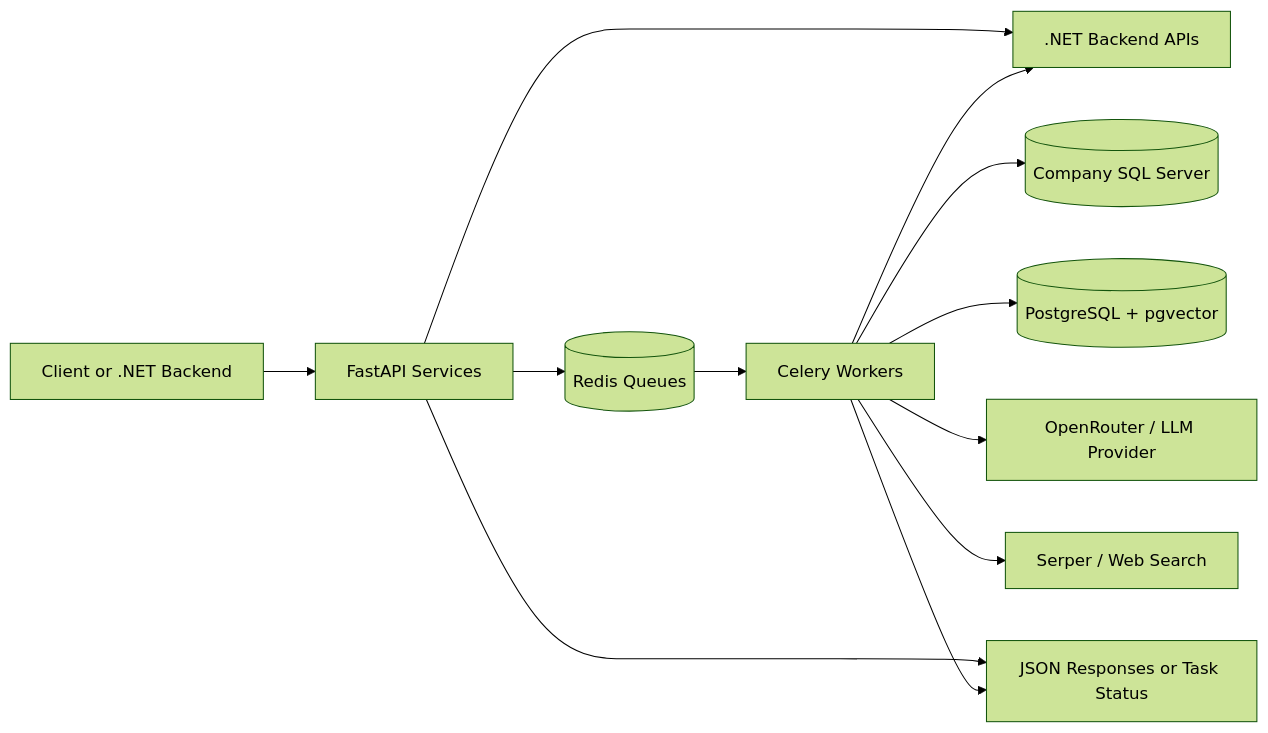
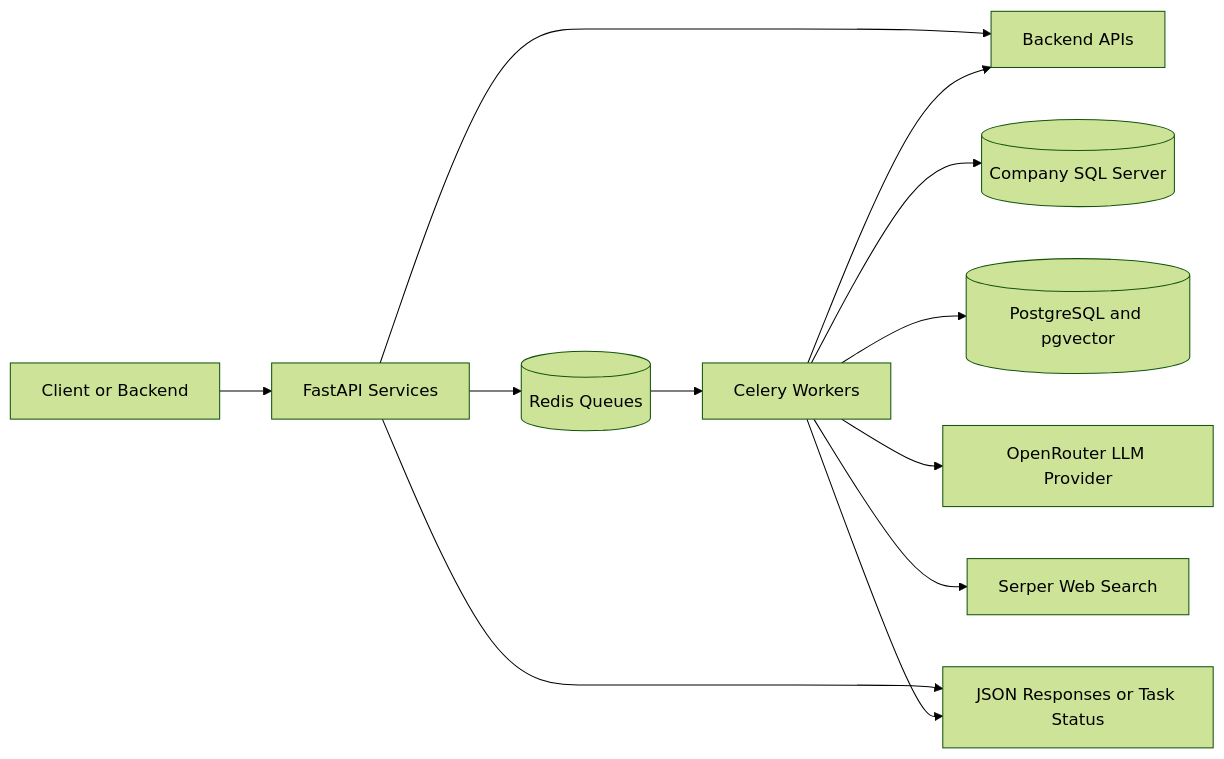
The first of 11 diagrams in README.md (RecoMind-Company/RecoMind-AI), drawn with Mermaid (forest theme) before and after one commit. The commit also changed other lines of this file and 12 other files, not shown here.

````diff
--- a/README.md
+++ b/README.md
@@ -94,14 +124,14 @@
 ```mermaid
 flowchart LR
-    Client[Client or .NET Backend] --> API[FastAPI Services]
-    API --> Redis[(Redis Queues)]
-    Redis --> Worker[Celery Workers]
-    API --> DotNet[.NET Backend APIs]
+    Client["Client or Backend"] --> API["FastAPI Services"]
+    API --> Redis[("Redis Queues")]
+    Redis --> Worker["Celery Workers"]
+    API --> DotNet["Backend APIs"]
     Worker --> DotNet
-    Worker --> SourceDB[(Company SQL Server)]
-    Worker --> VectorDB[(PostgreSQL + pgvector)]
-    Worker --> LLM[OpenRouter / LLM Provider]
-    Worker --> Search[Serper / Web Search]
-    API --> Result[JSON Responses or Task Status]
+    Worker --> SourceDB[("Company SQL Server")]
+    Worker --> VectorDB[("PostgreSQL and pgvector")]
+    Worker --> LLM["OpenRouter LLM Provider"]
+    Worker --> Search["Serper Web Search"]
+    API --> Result["JSON Responses or Task Status"]
     Worker --> Result
 ```
````
